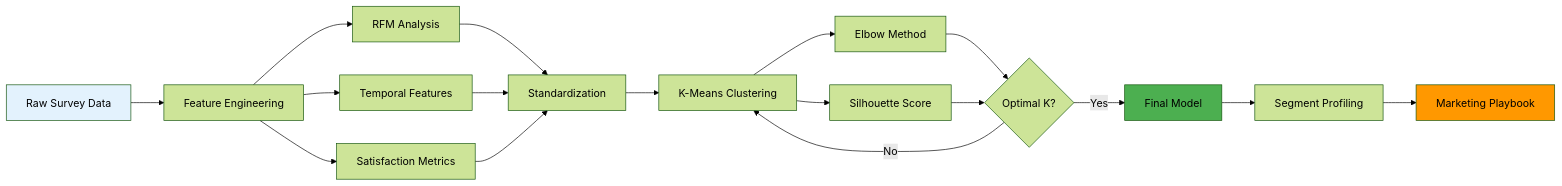
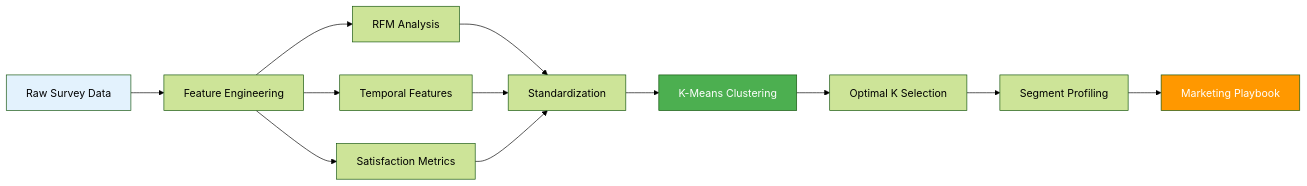
Before and after one commit to interview-tasks/Inforotor_AI_developer: the third of 12 diagrams in README.md, drawn with Mermaid (forest theme). The commit also changed other lines of this file, not shown here.

````diff
--- a/README.md
+++ b/README.md
@@ -166,29 +147,20 @@
 ```mermaid
 flowchart LR
     A[Raw Survey Data] --> B[Feature Engineering]
     B --> C[RFM Analysis]
     B --> D[Temporal Features]
     B --> E[Satisfaction Metrics]
 
     C --> F[Standardization]
     D --> F
     E --> F
 
     F --> G[K-Means Clustering]
-
-    G --> H[Elbow Method]
-    G --> I[Silhouette Score]
-
-    H --> J{Optimal K?}
-    I --> J
-
-    J -->|Yes| K[Final Model]
-    J -->|No| G
-
-    K --> L[Segment Profiling]
-    L --> M[Marketing Playbook]
+    G --> H[Optimal K Selection]
+    H --> I[Segment Profiling]
+    I --> J[Marketing Playbook]
 
     style A fill:#E3F2FD
-    style K fill:#4CAF50
-    style M fill:#FF9800
+    style G fill:#4CAF50,color:#fff
+    style J fill:#FF9800,color:#fff
 ```
````
